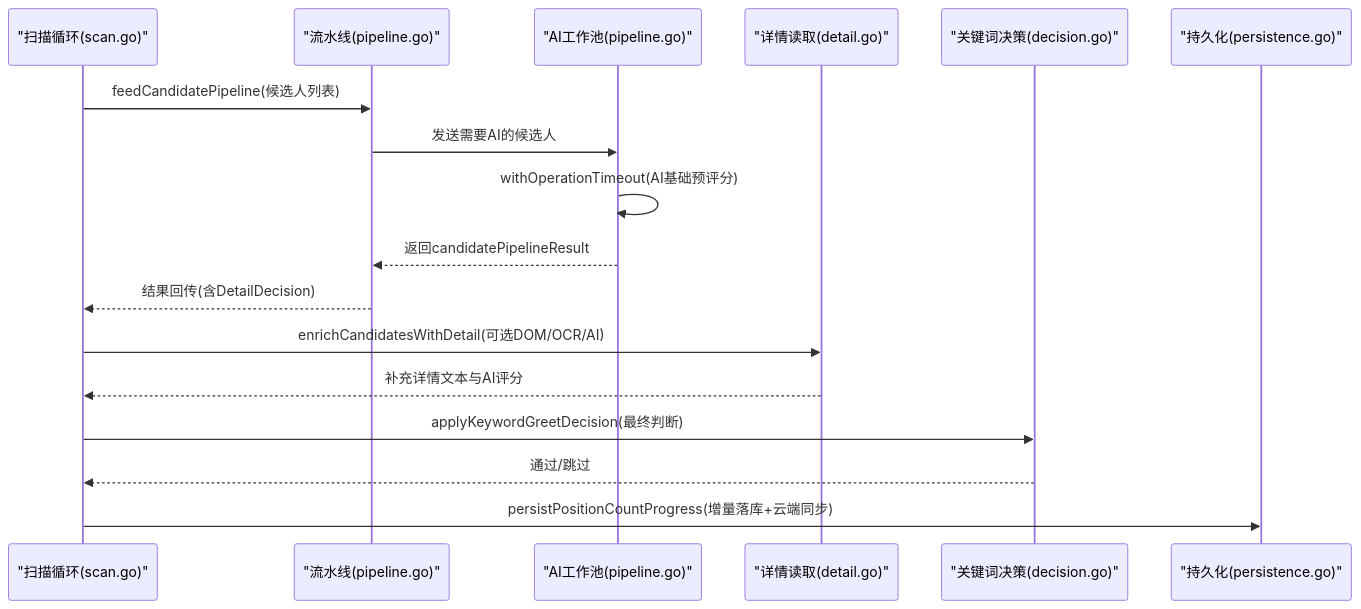
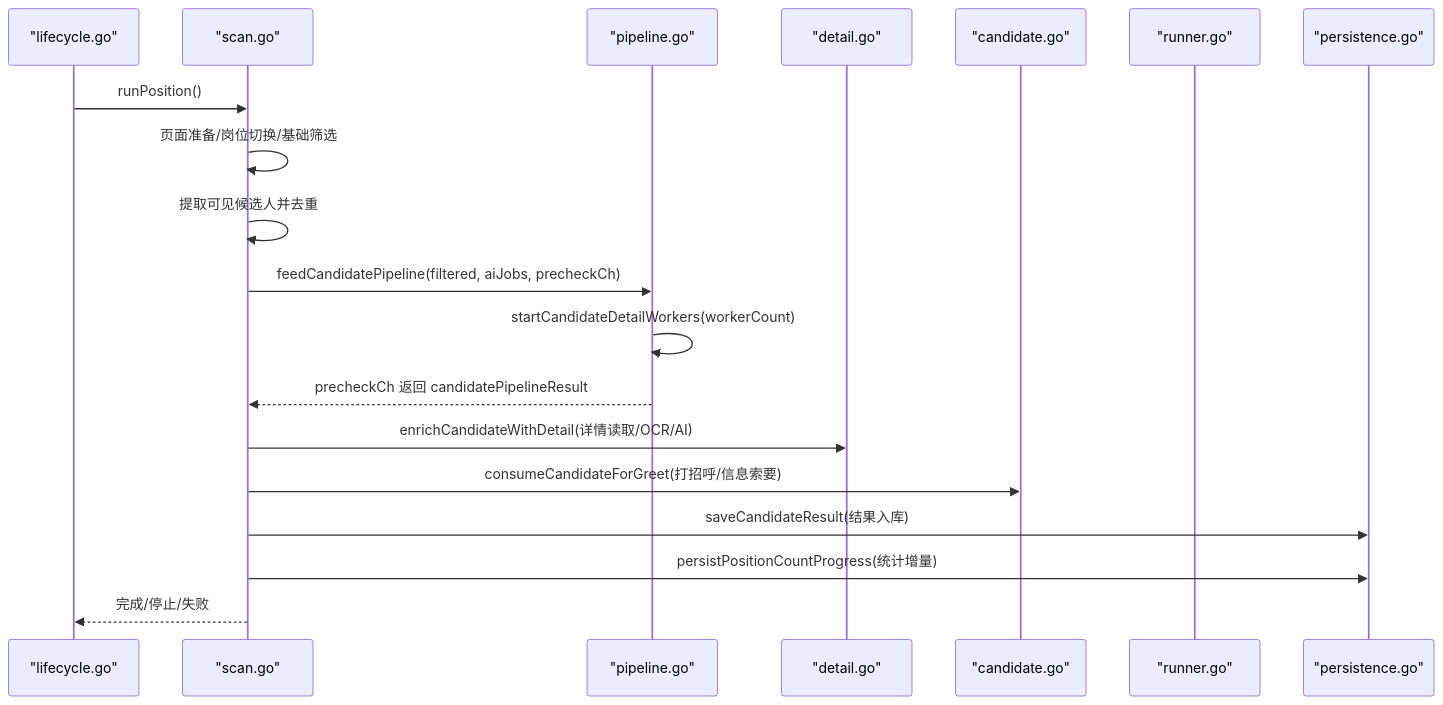
The second of 8 diagrams in .qoder/repowiki/zh/content/本地执行器/任务调度/执行管道.md (alvinwangzi/goodhr), drawn with Mermaid before and after one commit. The commit also changed other lines of this file and 149 other files, not shown here.

````diff
--- a/.qoder/repowiki/zh/content/本地执行器/任务调度/执行管道.md
+++ b/.qoder/repowiki/zh/content/本地执行器/任务调度/执行管道.md
@@ -103,19 +94,21 @@
 ```mermaid
 sequenceDiagram
-participant Scan as "扫描循环(scan.go)"
-participant Pipe as "流水线(pipeline.go)"
-participant Worker as "AI工作池(pipeline.go)"
-participant Detail as "详情读取(detail.go)"
-participant Decision as "关键词决策(decision.go)"
-participant Persist as "持久化(persistence.go)"
-Scan->>Pipe : feedCandidatePipeline(候选人列表)
-Pipe->>Worker : 发送需要AI的候选人
-Worker->>Worker : withOperationTimeout(AI基础预评分)
-Worker-->>Pipe : 返回candidatePipelineResult
-Pipe-->>Scan : 结果回传(含DetailDecision)
-Scan->>Detail : enrichCandidatesWithDetail(可选DOM/OCR/AI)
-Detail-->>Scan : 补充详情文本与AI评分
-Scan->>Decision : applyKeywordGreetDecision(最终判断)
-Decision-->>Scan : 通过/跳过
-Scan->>Persist : persistPositionCountProgress(增量落库+云端同步)
+participant L as "lifecycle.go"
+participant S as "scan.go"
+participant P as "pipeline.go"
+participant D as "detail.go"
+participant C as "candidate.go"
+participant R as "runner.go"
+participant PS as "persistence.go"
+L->>S : runPosition()
+S->>S : 页面准备/岗位切换/基础筛选
+S->>S : 提取可见候选人并去重
+S->>P : feedCandidatePipeline(filtered, aiJobs, precheckCh)
+P->>P : startCandidateDetailWorkers(workerCount)
+P-->>S : precheckCh 返回 candidatePipelineResult
+S->>D : enrichCandidateWithDetail(详情读取/OCR/AI)
+S->>C : consumeCandidateForGreet(打招呼/信息索要)
+S->>PS : saveCandidateResult(结果入库)
+S->>PS : persistPositionCountProgress(统计增量)
+S-->>L : 完成/停止/失败
 ```
````
